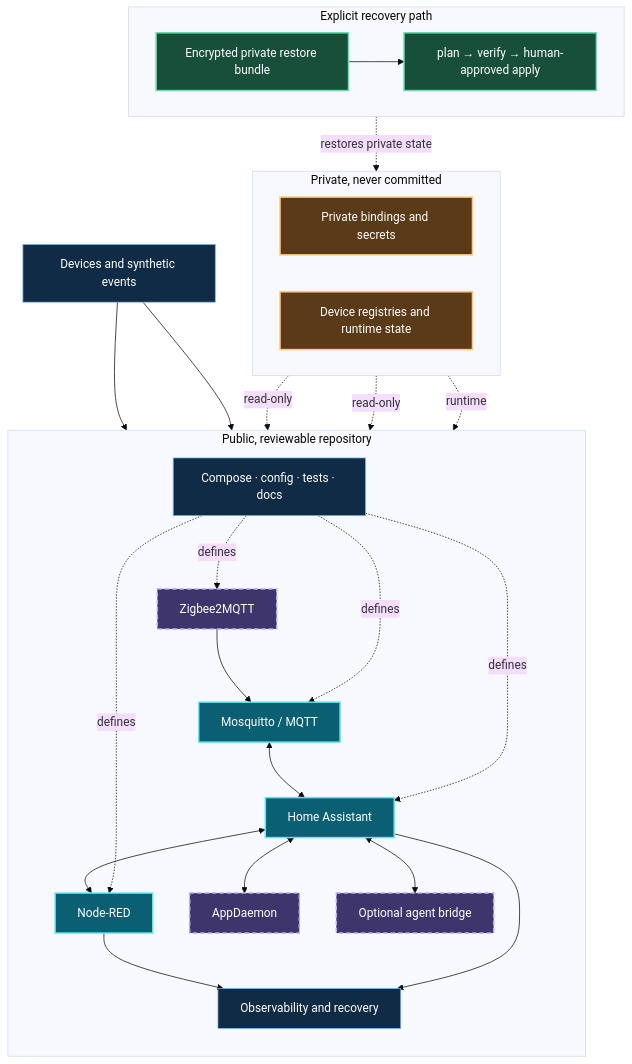
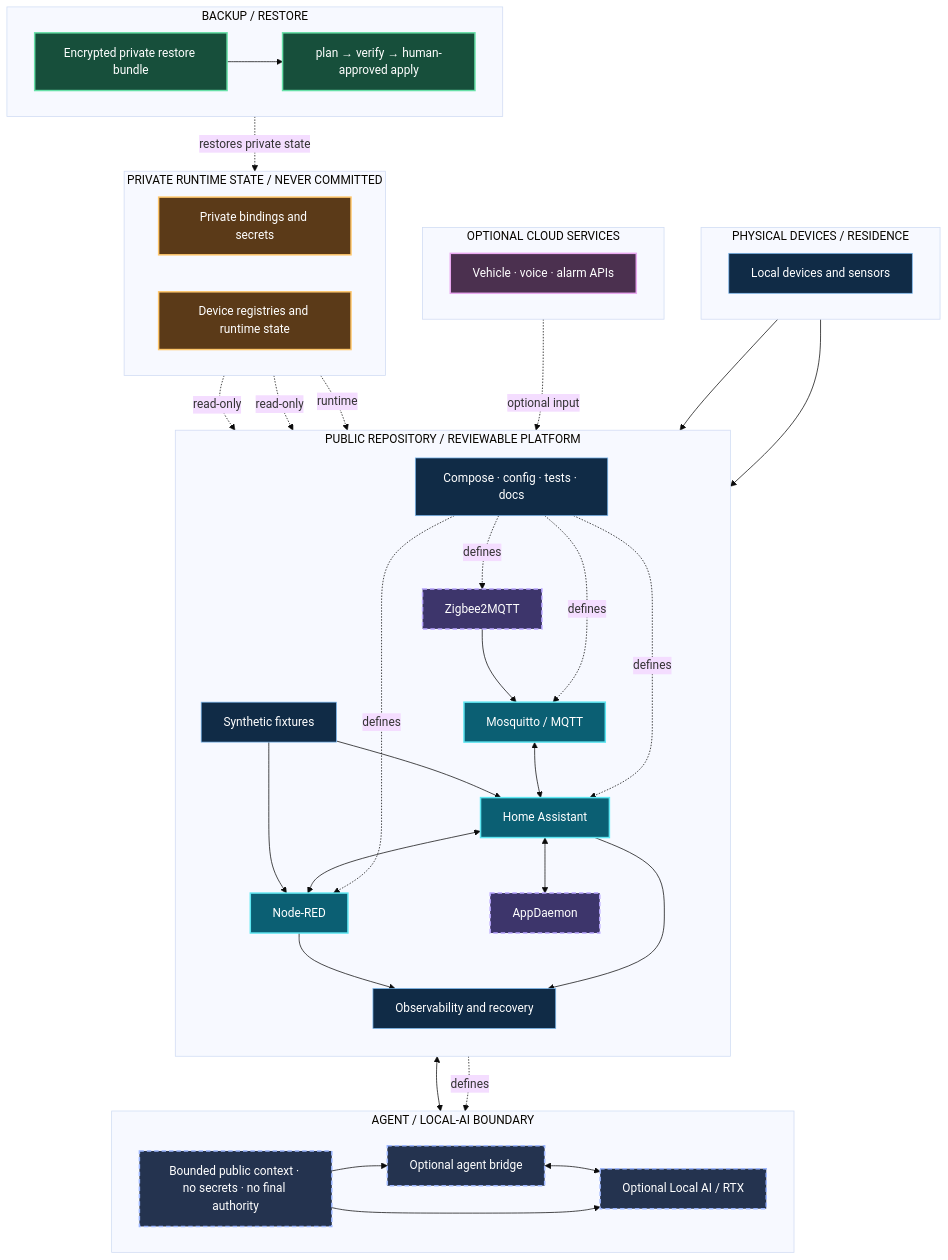
The diagram in docs/assets/smart-home-architecture.mmd (gabrafur/my_smart_home), drawn with Mermaid (base theme) before and after one commit. The commit also changed 22 other files, not shown here.

```diff
--- a/docs/assets/smart-home-architecture.mmd
+++ b/docs/assets/smart-home-architecture.mmd
@@ -1,57 +1,83 @@
 flowchart TB
-  DEV[Devices and synthetic events]
+  subgraph PHYSICAL[PHYSICAL DEVICES / RESIDENCE]
+    direction LR
+    DEV[Local devices and sensors]
+  end
 
-  subgraph PUBLIC[Public, reviewable repository]
+  subgraph CLOUD[OPTIONAL CLOUD SERVICES]
+    direction LR
+    CLOUDAPI[Vehicle · voice · alarm APIs]
+  end
+
+  subgraph PUBLIC[PUBLIC REPOSITORY / REVIEWABLE PLATFORM]
     direction TB
+    FIXTURES[Synthetic fixtures]
     Z2M[Zigbee2MQTT]
     MQTT[Mosquitto / MQTT]
     HA[Home Assistant]
     NR[Node-RED]
     AD[AppDaemon]
-    AG[Optional agent bridge]
     OBS[Observability and recovery]
     CODE[Compose · config · tests · docs]
   end
 
-  subgraph PRIVATE[Private, never committed]
+  subgraph PRIVATE[PRIVATE RUNTIME STATE / NEVER COMMITTED]
     direction LR
     BIND[Private bindings and secrets]
     STATE[Device registries and runtime state]
   end
 
-  subgraph RECOVERY[Explicit recovery path]
+  subgraph RECOVERY[BACKUP / RESTORE]
     direction LR
     BUNDLE[Encrypted private restore bundle]
     VERIFY[plan → verify → human-approved apply]
   end
 
+  subgraph AGENT[AGENT / LOCAL-AI BOUNDARY]
+    direction LR
+    BRIDGE[Optional agent bridge]
+    RTX[Optional Local AI / RTX]
+    POLICY[Bounded public context · no secrets · no final authority]
+  end
+
   DEV --> Z2M
   DEV --> HA
+  CLOUDAPI -. optional input .-> HA
+  FIXTURES --> HA
+  FIXTURES --> NR
   Z2M --> MQTT
   MQTT <--> HA
   HA <--> NR
   HA <--> AD
-  HA <--> AG
+  HA <--> BRIDGE
+  BRIDGE <--> RTX
+  POLICY --> BRIDGE
+  POLICY --> RTX
   NR --> OBS
   HA --> OBS
   CODE -. defines .-> Z2M
   CODE -. defines .-> MQTT
   CODE -. defines .-> HA
   CODE -. defines .-> NR
+  CODE -. defines .-> BRIDGE
   BIND -. read-only .-> HA
   BIND -. read-only .-> NR
   STATE -. runtime .-> HA
   BUNDLE --> VERIFY
   VERIFY -. restores private state .-> PRIVATE
 
   classDef core fill:#0b5f73,stroke:#5ee7f2,color:#fff,stroke-width:2px;
   classDef optional fill:#3d356b,stroke:#b9a7ff,color:#fff,stroke-width:2px,stroke-dasharray:6 4;
   classDef private fill:#5b3a18,stroke:#ffc76b,color:#fff,stroke-width:2px;
   classDef recovery fill:#174f3b,stroke:#68e0a8,color:#fff,stroke-width:2px;
   classDef public fill:#102b46,stroke:#7bb8ef,color:#fff,stroke-width:1px;
+  classDef external fill:#4b304f,stroke:#e9a8f0,color:#fff,stroke-width:2px;
+  classDef boundary fill:#24334f,stroke:#9db7ff,color:#fff,stroke-width:2px,stroke-dasharray:6 4;
 
   class MQTT,HA,NR core;
-  class Z2M,AD,AG optional;
+  class Z2M,AD optional;
   class BIND,STATE private;
   class BUNDLE,VERIFY recovery;
-  class DEV,OBS,CODE public;
+  class CLOUDAPI external;
+  class BRIDGE,RTX,POLICY boundary;
+  class DEV,FIXTURES,OBS,CODE public;
```
